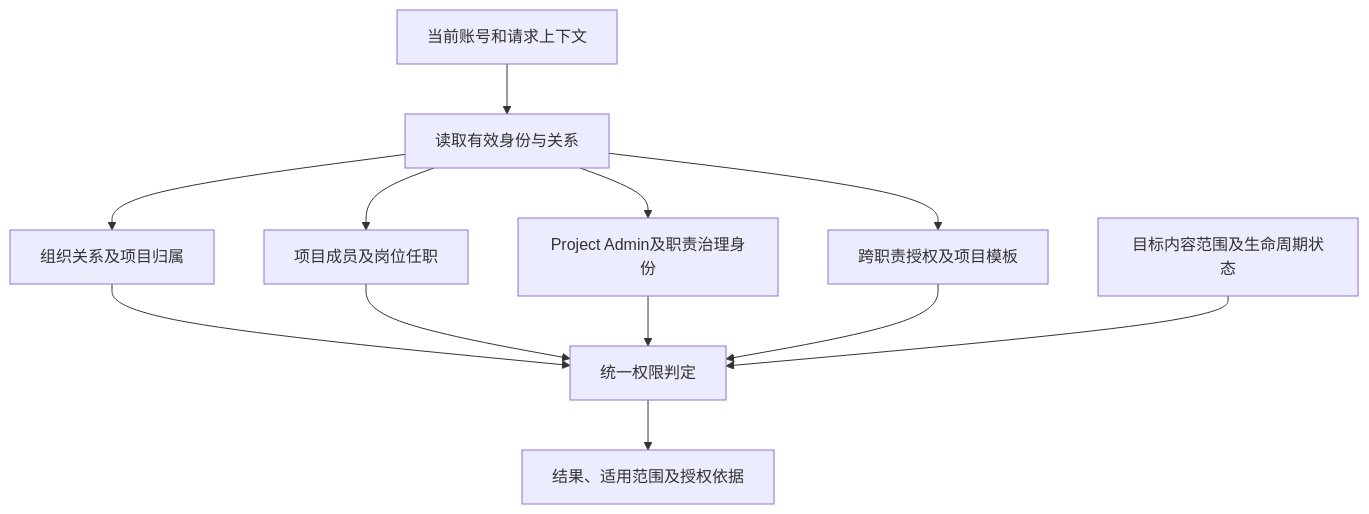
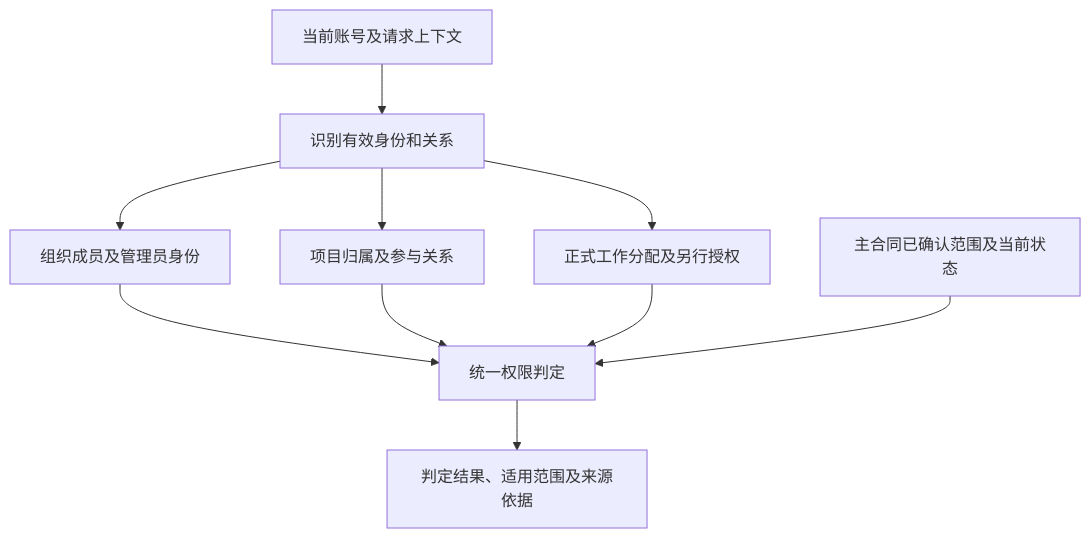
The diagram in next-generation/requirements/PERMISSION_ROLE_MODULE_MATRIX_2026-10-05.md (soupsouptang/StoryBoard_System), drawn with Mermaid before and after one commit. The commit also changed other lines of this file, not shown here.

Commit message:
docs: align permission architecture with canonical role rules

````diff
--- a/next-generation/requirements/PERMISSION_ROLE_MODULE_MATRIX_2026-10-05.md
+++ b/next-generation/requirements/PERMISSION_ROLE_MODULE_MATRIX_2026-10-05.md
@@ -161,14 +151,12 @@
 ```mermaid
 flowchart TD
-    A["当前账号和请求上下文"] --> B["读取有效身份与关系"]
-    B --> C["组织关系及项目归属"]
-    B --> D["项目成员及岗位任职"]
-    B --> E["Project Admin及职责治理身份"]
-    B --> F["跨职责授权及项目模板"]
-    C --> G["统一权限判定"]
-    D --> G
-    E --> G
-    F --> G
-    H["目标内容范围及生命周期状态"] --> G
-    G --> I["结果、适用范围及授权依据"]
+    A["当前账号及请求上下文"] --> B["识别有效身份和关系"]
+    B --> C["组织成员及管理员身份"]
+    B --> D["项目归属及参与关系"]
+    B --> E["正式工作分配及另行授权"]
+    C --> F["统一权限判定"]
+    D --> F
+    E --> F
+    G["主合同已确认范围及当前状态"] --> F
+    F --> H["判定结果、适用范围及来源依据"]
 ```
````
